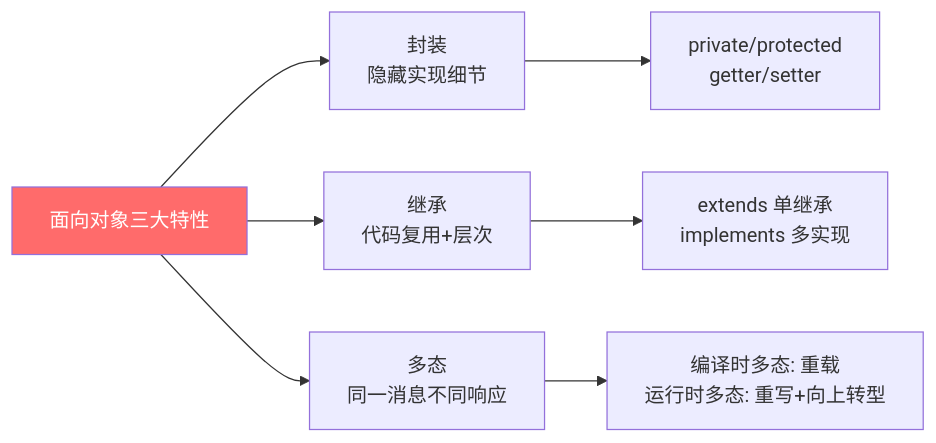
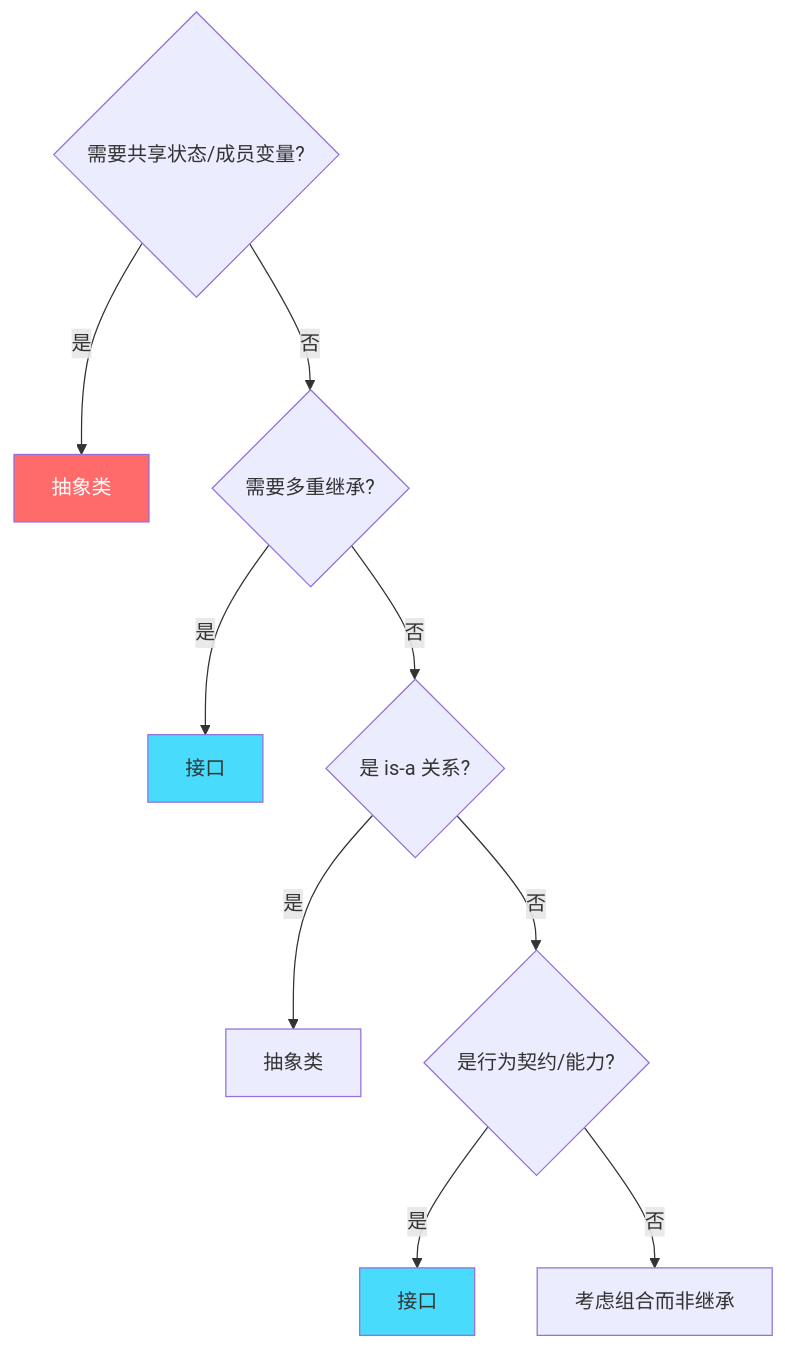
Before and after one commit to qigao0787-ops/gq-test: the sixth of 24 diagrams in document/strengthen/Java基础面试总结_增强版.md, drawn with Mermaid. The commit also changed other lines of this file, not shown here.

````diff
--- a/document/strengthen/Java基础面试总结_增强版.md
+++ b/document/strengthen/Java基础面试总结_增强版.md
@@ -250,12 +521,15 @@
 ```mermaid
-flowchart LR
-    A[面向对象三大特性] --> B[封装<br/>隐藏实现细节]
-    A --> C[继承<br/>代码复用+层次]
-    A --> D[多态<br/>同一消息不同响应]
+flowchart TD
+    A{需要共享状态/成员变量?} -->|是| B[抽象类]
+    A -->|否| C{需要多重继承?}
+    C -->|是| D[接口]
+    C -->|否| E{是 is-a 关系?}
+    E -->|是| F[抽象类]
+    E -->|否| G{是行为契约/能力?}
+    G -->|是| H[接口]
+    G -->|否| I[考虑组合而非继承]
 
-    B --> B1[private/protected<br/>getter/setter]
-    C --> C1[extends 单继承<br/>implements 多实现]
-    D --> D1[编译时多态: 重载<br/>运行时多态: 重写+向上转型]
-
-    style A fill:#ff6b6b,color:#fff
+    style B fill:#ff6b6b,color:#fff
+    style D fill:#48dbfb
+    style H fill:#48dbfb
 ```
````
